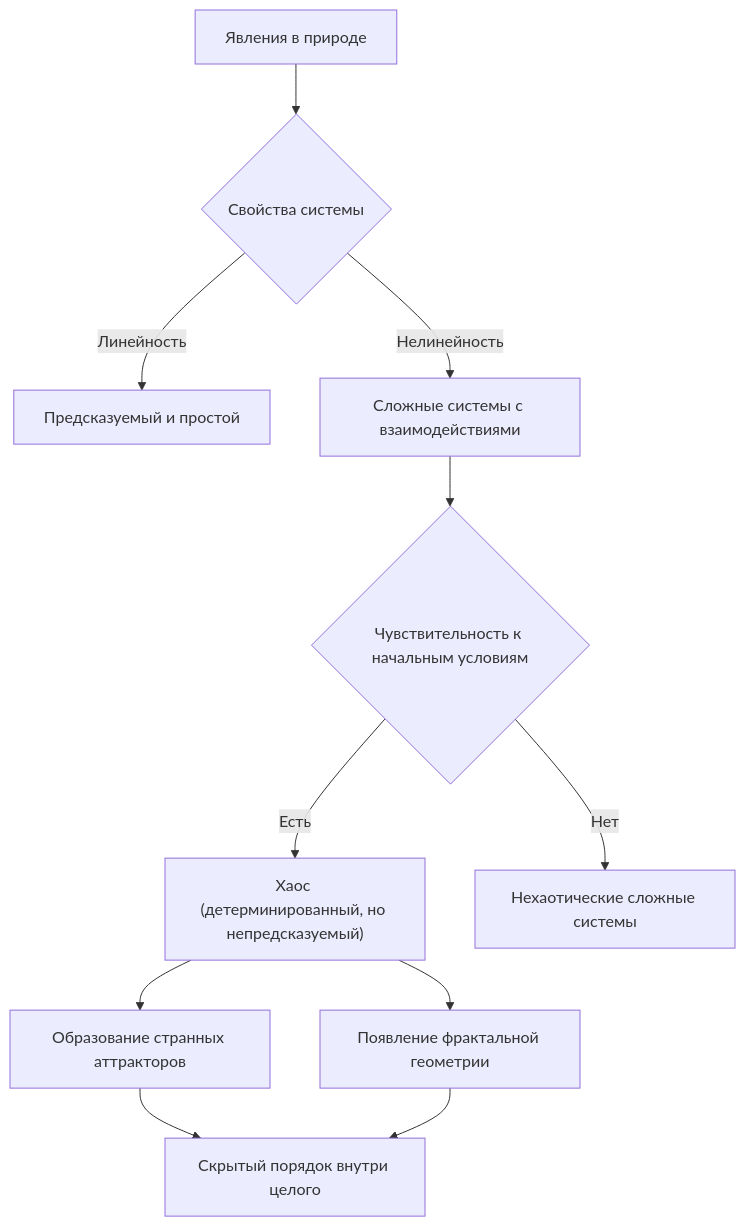
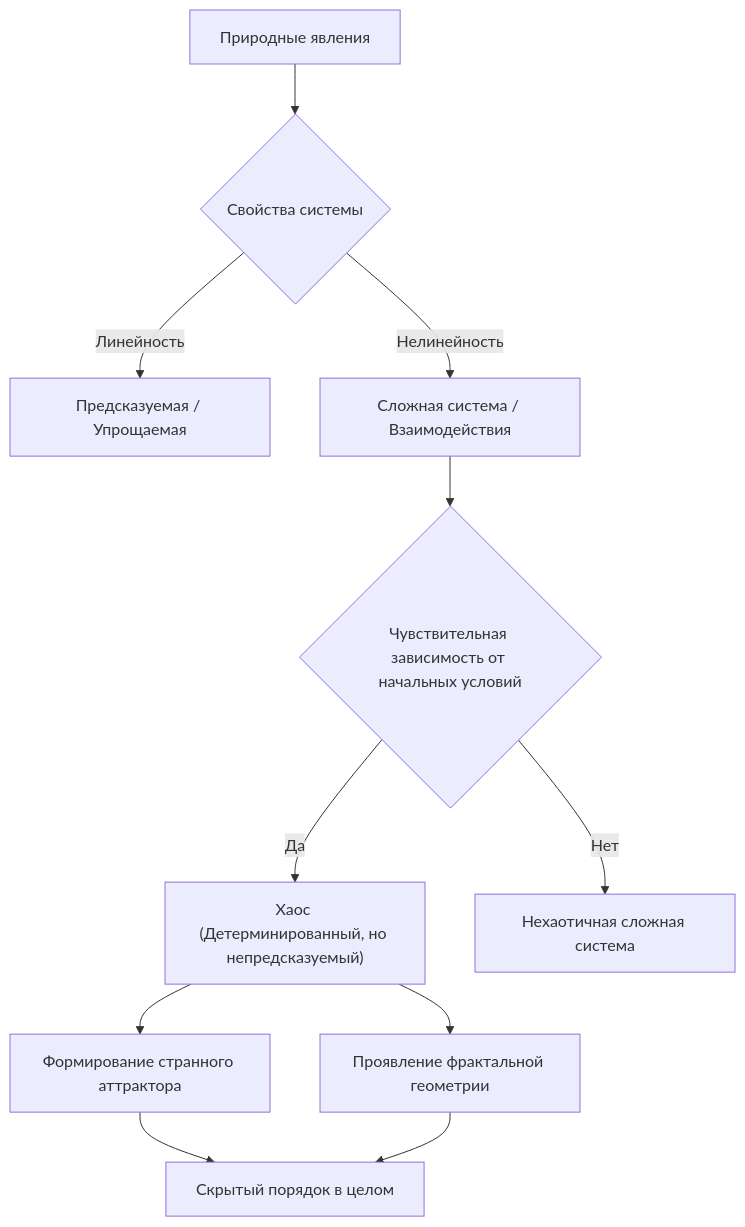
The second of 2 diagrams in content/post/chaos-theory/index.ru.md (kenjinote/blog), drawn with Mermaid before and after one commit. The commit also changed other lines of this file and 97 other files, not shown here.

````diff
--- a/content/post/chaos-theory/index.ru.md
+++ b/content/post/chaos-theory/index.ru.md
@@ -201,13 +201,13 @@
 ```mermaid
 graph TD
-    A["Явления в природе"] --> B{"Свойства системы"}
-    B -->|"Линейность"| C["Предсказуемый и простой"]
-    B -->|"Нелинейность"| D["Сложные системы с взаимодействиями"]
-    D --> E{"Чувствительность к начальным условиям"}
-    E -->|"Есть"| F["Хаос (детерминированный, но непредсказуемый)"]
-    E -->|"Нет"| G["Нехаотические сложные системы"]
-    F --> H["Образование странных аттракторов"]
-    F --> I["Появление фрактальной геометрии"]
-    H --> J["Скрытый порядок внутри целого"]
+    A["Природные явления"] --> B{"Свойства системы"}
+    B -->|"Линейность"| C["Предсказуемая / Упрощаемая"]
+    B -->|"Нелинейность"| D["Сложная система / Взаимодействия"]
+    D --> E{"Чувствительная зависимость от начальных условий"}
+    E -->|"Да"| F["Хаос (Детерминированный, но непредсказуемый)"]
+    E -->|"Нет"| G["Нехаотичная сложная система"]
+    F --> H["Формирование странного аттрактора"]
+    F --> I["Проявление фрактальной геометрии"]
+    H --> J["Скрытый порядок в целом"]
     I --> J
 ```
````
